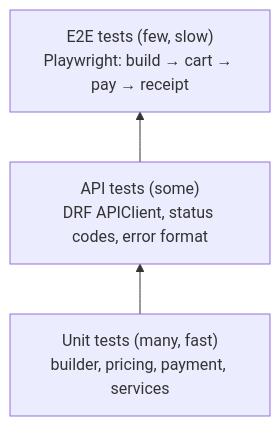
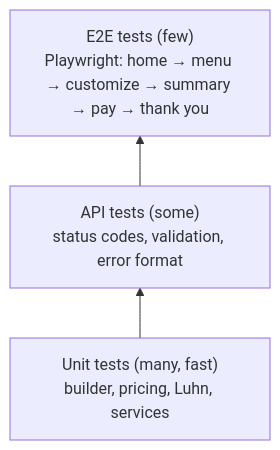
One commit to marwaelrayes123/morning-cafe changed the fourth of 4 diagrams in docs/ARCHITECTURE.md. Above: the diagram before and after it, drawn with Mermaid. The commit also changed other lines of this file, not shown here.

First line of the commit message:
docs: revise design to home → menu → customize → pay → thank-you flow

````diff
--- a/docs/ARCHITECTURE.md
+++ b/docs/ARCHITECTURE.md
@@ -174,7 +239,7 @@
 ```mermaid
 flowchart BT
-    U["Unit tests (many, fast)<br/>builder, pricing, payment, services"]
-    I["API tests (some)<br/>DRF APIClient, status codes, error format"]
-    E["E2E tests (few, slow)<br/>Playwright: build → cart → pay → receipt"]
+    U["Unit tests (many, fast)<br/>builder, pricing, Luhn, services"]
+    I["API tests (some)<br/>status codes, validation, error format"]
+    E["E2E tests (few)<br/>Playwright: home → menu → customize → summary → pay → thank you"]
     U --> I --> E
 ```
````
